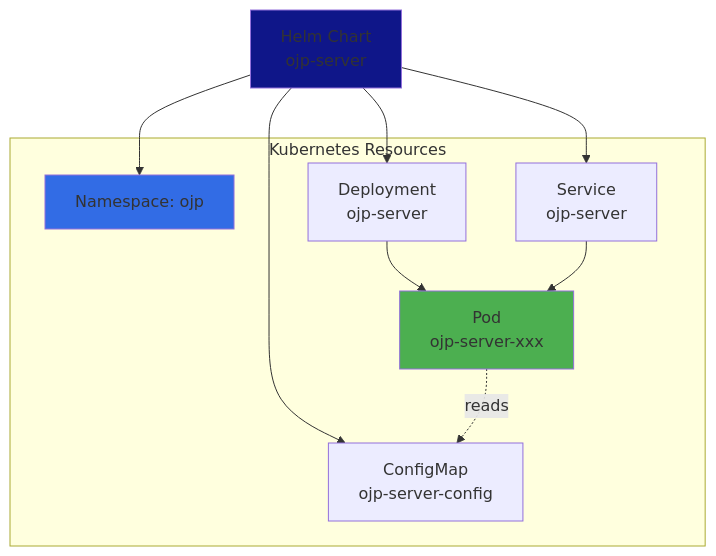
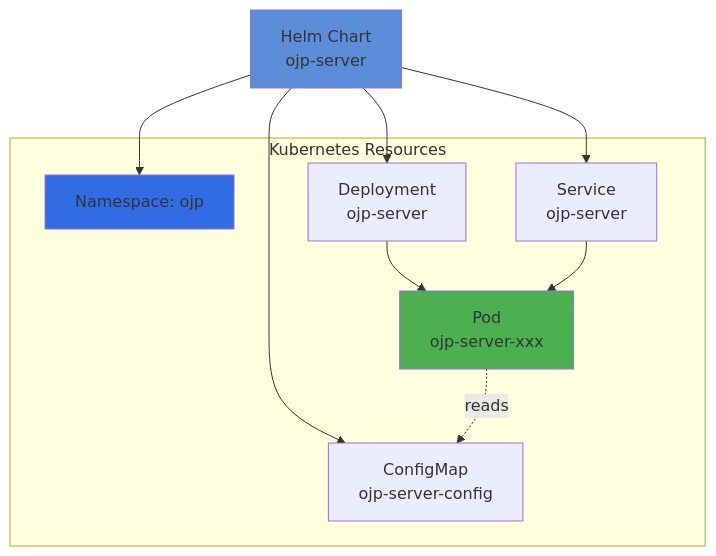
The third of 9 diagrams in documents/ebook/part1-chapter3a-kubernetes-helm.md (youzh00/yzahi-ojp), drawn with Mermaid before and after one commit. The commit also changed other lines of this file and 2 other files, not shown here.

Commit message:
Fix technical inaccuracies and K8s architecture guidance per review feedback

````diff
--- a/documents/ebook/part1-chapter3a-kubernetes-helm.md
+++ b/documents/ebook/part1-chapter3a-kubernetes-helm.md
@@ -241,24 +241,24 @@
 ```mermaid
 graph TD
     HELM[Helm Chart<br/>ojp-server]
     
     subgraph "Kubernetes Resources"
     NS[Namespace: ojp]
     CM[ConfigMap<br/>ojp-server-config]
     SVC[Service<br/>ojp-server]
     DEPLOY[Deployment<br/>ojp-server]
     POD[Pod<br/>ojp-server-xxx]
     end
     
     HELM --> NS
     HELM --> CM
     HELM --> SVC
     HELM --> DEPLOY
     DEPLOY --> POD
     SVC --> POD
     POD -.reads.-> CM
     
-    style HELM fill:#0f1689
+    style HELM fill:#5c8dd8
     style NS fill:#326ce5
     style POD fill:#4caf50
 ```
````
